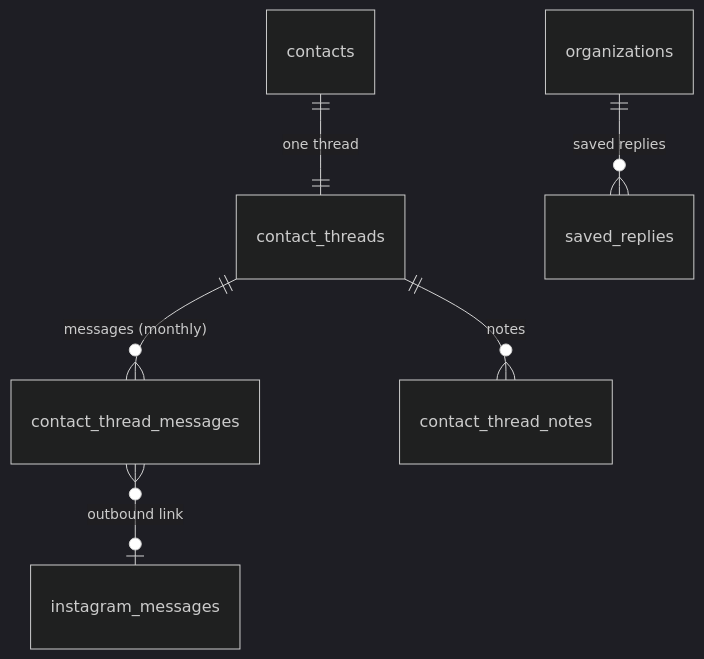
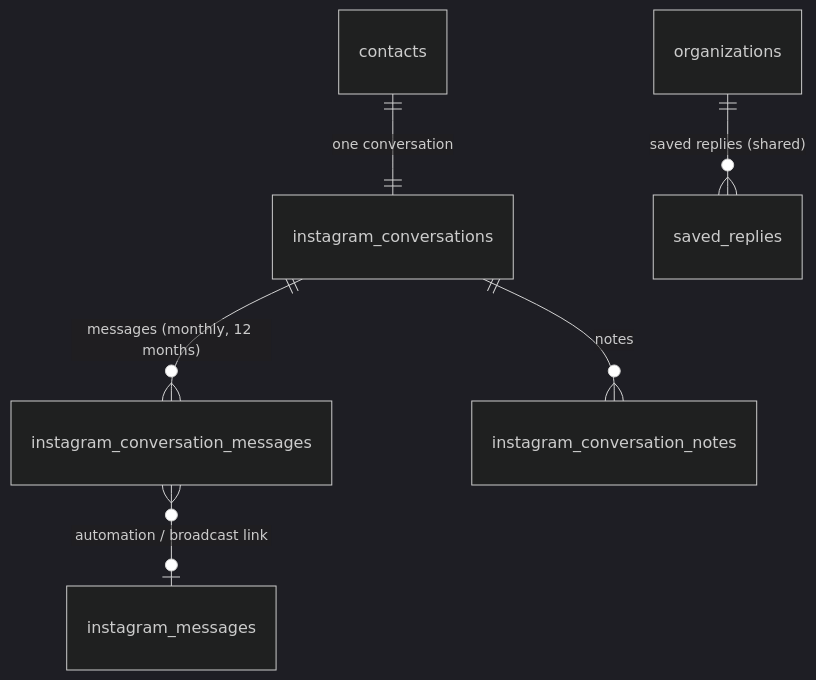
Before and after one commit to albetrios/meepzo-be: the diagram in iterations/feat-instagram-inbox-2026-11-26-bcar/plans/db-changes.md, drawn with Mermaid (dark theme). The commit also changed other lines of this file and 4 other files, not shown here.

First line of the commit message:
docs(iterations): record the instagram inbox step 4 answers with instagram prefixed conversation tables

````diff
--- a/iterations/feat-instagram-inbox-2026-11-26-bcar/plans/db-changes.md
+++ b/iterations/feat-instagram-inbox-2026-11-26-bcar/plans/db-changes.md
@@ -14,8 +14,8 @@
 ```mermaid
 erDiagram
-  contacts ||--|| contact_threads : "one thread"
-  contact_threads ||--o{ contact_thread_messages : "messages (monthly)"
-  contact_threads ||--o{ contact_thread_notes : "notes"
-  organizations ||--o{ saved_replies : "saved replies"
-  contact_thread_messages }o--o| instagram_messages : "outbound link"
+  contacts ||--|| instagram_conversations : "one conversation"
+  instagram_conversations ||--o{ instagram_conversation_messages : "messages (monthly, 12 months)"
+  instagram_conversations ||--o{ instagram_conversation_notes : "notes"
+  organizations ||--o{ saved_replies : "saved replies (shared)"
+  instagram_conversation_messages }o--o| instagram_messages : "automation / broadcast link"
 ```
````
